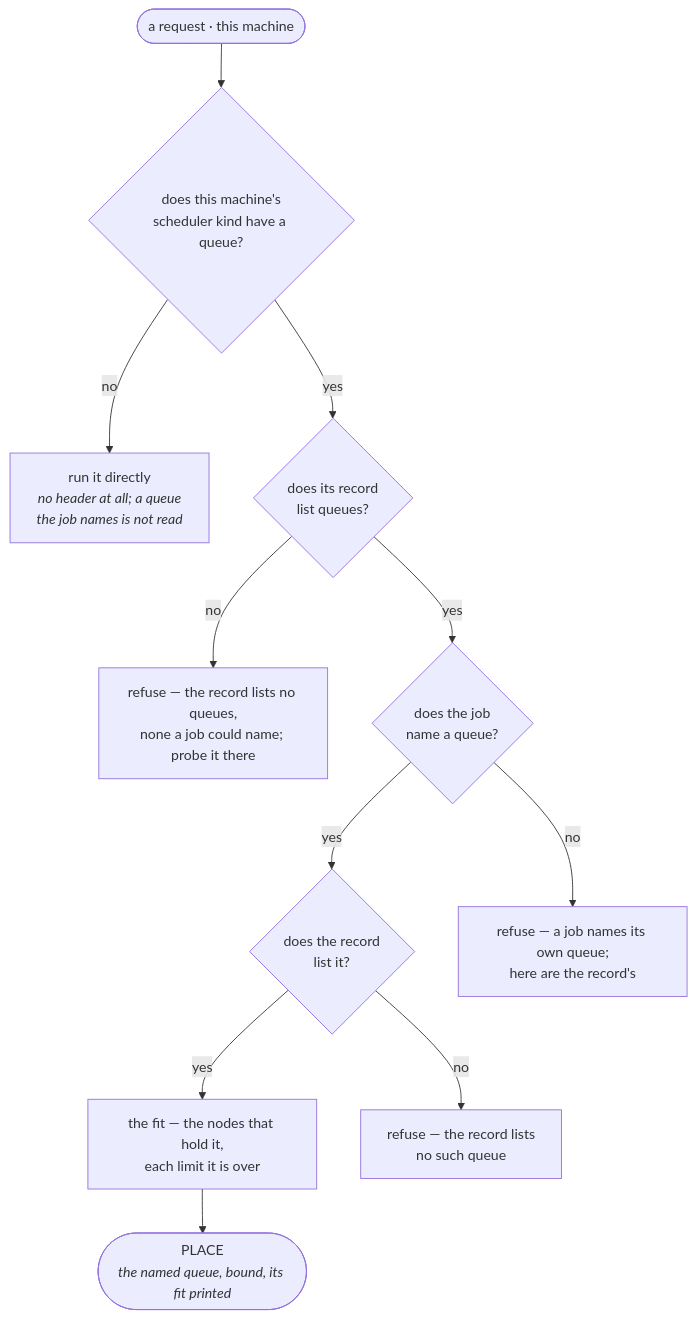
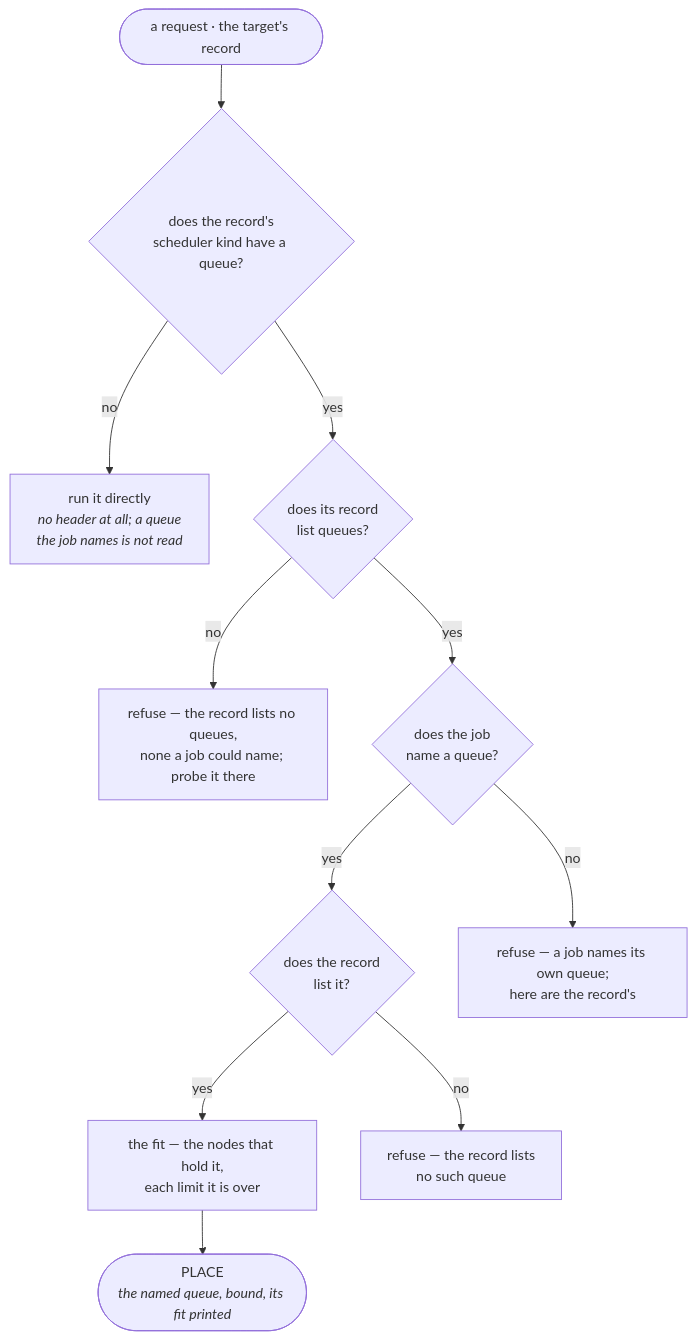
One commit to Qing-LAB/molbuilder changed the first of 2 diagrams in docs/execution/scheduler.md. Above: the diagram before and after it, drawn with Mermaid. The commit also changed other lines of this file and 30 other files, not shown here.

````diff
--- a/docs/execution/scheduler.md
+++ b/docs/execution/scheduler.md
@@ -652,25 +465,25 @@
 ```mermaid
 flowchart TD
-  START(["a request · this machine"])
-  Q0{"does this machine's<br/>scheduler kind have a queue?"}
+  START(["a request · the target's record"])
+  Q0{"does the record's<br/>scheduler kind have a queue?"}
   DIRECT["run it directly<br/><i>no header at all; a queue<br/>the job names is not read</i>"]
   QR{"does its record<br/>list queues?"}
   RN["refuse — the record lists no queues,<br/>none a job could name; probe it there"]
   Q1{"does the job<br/>name a queue?"}
   QL{"does the record<br/>list it?"}
   FIT["the fit — the nodes that hold it,<br/>each limit it is over"]
   PLACE(["PLACE<br/><i>the named queue, bound, its fit printed</i>"])
   RU["refuse — a job names its own queue;<br/>here are the record's"]
   RL["refuse — the record lists<br/>no such queue"]
 
   START --> Q0
   Q0 -- no --> DIRECT
   Q0 -- yes --> QR
   QR -- no --> RN
   QR -- yes --> Q1
   Q1 -- no --> RU
   Q1 -- yes --> QL
   QL -- no --> RL
   QL -- yes --> FIT
   FIT --> PLACE
 ```
````
